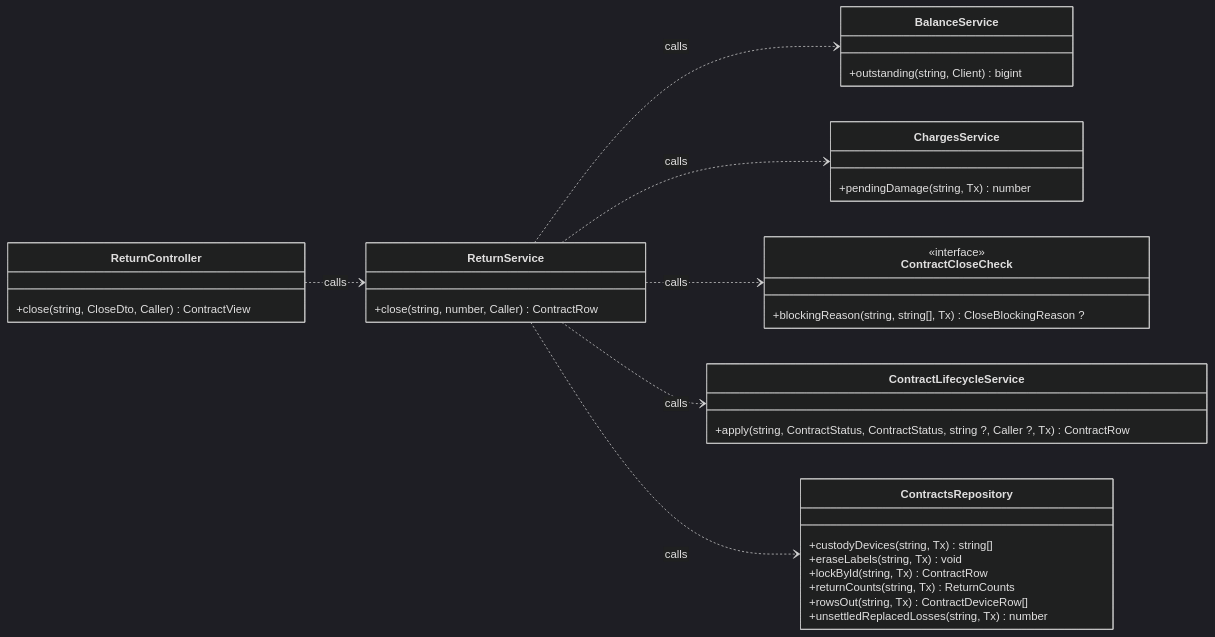
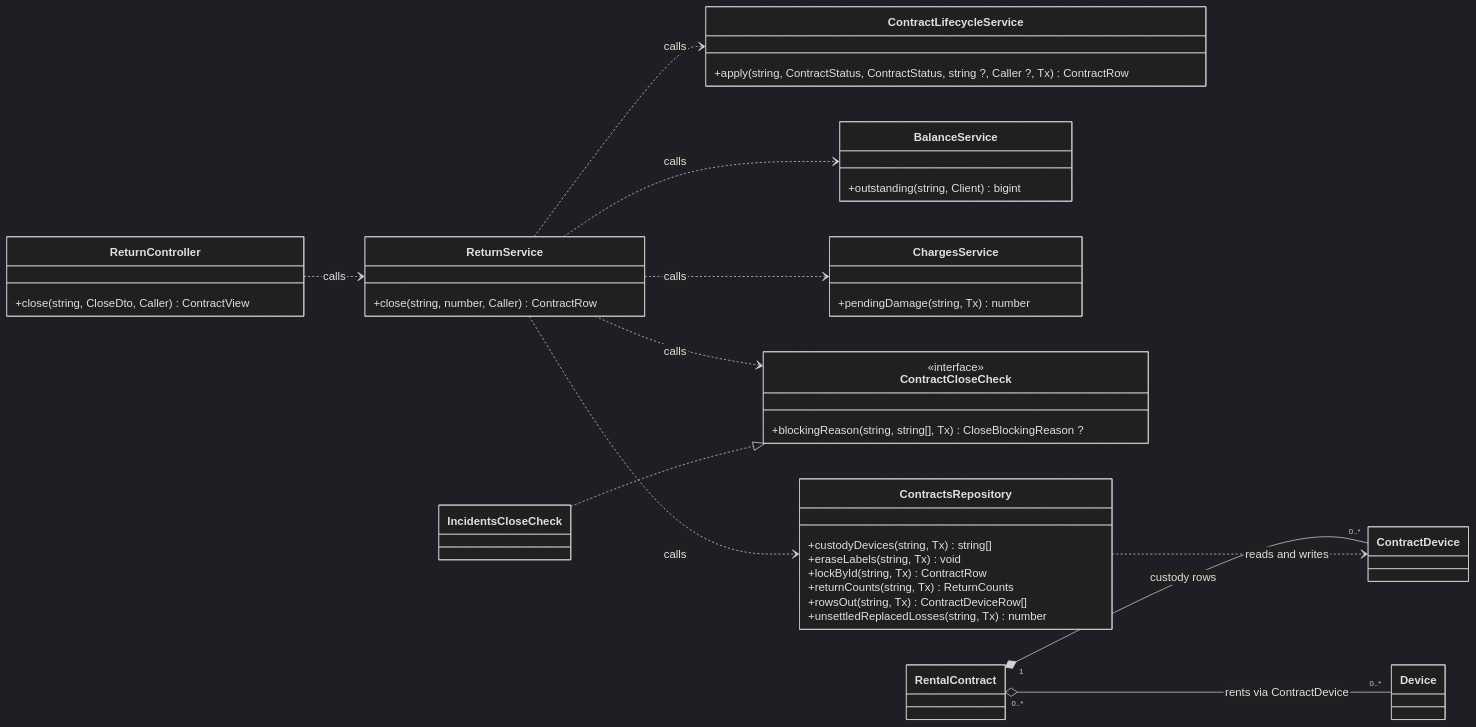
One commit to TrekLink-Team/treklink-web changed diagram 12 of 29 in specs/rentals/design.md. Above: the diagram before and after it, drawn with Mermaid (dark theme). The commit also changed other lines of this file and 7 other files, not shown here.

First line of the commit message:
docs: add code-backed UML class relations and split views

````diff
--- a/specs/rentals/design.md
+++ b/specs/rentals/design.md
@@ -587,38 +668,53 @@
 ```mermaid
 %%{init: {"htmlLabels": false}}%%
 classDiagram
     direction LR
     class ReturnController {
         +close(string, CloseDto, Caller) ContractView
     }
     class ReturnService {
         +close(string, number, Caller) ContractRow
     }
     class ContractLifecycleService {
         +apply(string, ContractStatus, ContractStatus, string ?, Caller ?, Tx) ContractRow
     }
     class BalanceService {
         +outstanding(string, Client) bigint
     }
     class ChargesService {
         +pendingDamage(string, Tx) number
     }
     class ContractCloseCheck {
         <<interface>>
         +blockingReason(string, string[], Tx) CloseBlockingReason ?
     }
     class ContractsRepository {
         +custodyDevices(string, Tx) string[]
         +eraseLabels(string, Tx) void
         +lockById(string, Tx) ContractRow
         +returnCounts(string, Tx) ReturnCounts
         +rowsOut(string, Tx) ContractDeviceRow[]
         +unsettledReplacedLosses(string, Tx) number
     }
     ReturnController ..> ReturnService : calls
     ReturnService ..> BalanceService : calls
     ReturnService ..> ChargesService : calls
     ReturnService ..> ContractCloseCheck : calls
     ReturnService ..> ContractLifecycleService : calls
     ReturnService ..> ContractsRepository : calls
+
+    class RentalContract
+    class ContractDevice
+    class Device
+    class IncidentsCloseCheck
+    %% backend/prisma/schema.prisma:1218-1253; exclusive contract rows; backend/src/modules/rentals/contracts.repository.ts:258; rows cannot outlive the retained contract. Restrict, not Cascade.
+    RentalContract "1" *-- "0..*" ContractDevice : custody rows
+    %% backend/prisma/schema.prisma:1221-1223,1253; devices are reusable assets; at most one live custody row, many historical contracts.
+    RentalContract "0..*" o-- "0..*" Device : rents via ContractDevice
+    %% backend/src/modules/rentals/contracts.repository.ts:258; operations work on the contract custody row.
+    ContractsRepository ..> ContractDevice : reads and writes
+    %% backend/src/modules/incidents/providers/contract-close-check.provider.ts:10; implements the rentals close port.
+    IncidentsCloseCheck ..|> ContractCloseCheck
+    %% sdd-view: operations | ReturnController,ReturnService,ContractLifecycleService,BalanceService,ChargesService,ContractCloseCheck,ContractsRepository
+    %% sdd-view: domain relations | RentalContract,ContractDevice,Device,IncidentsCloseCheck
 ```
````
